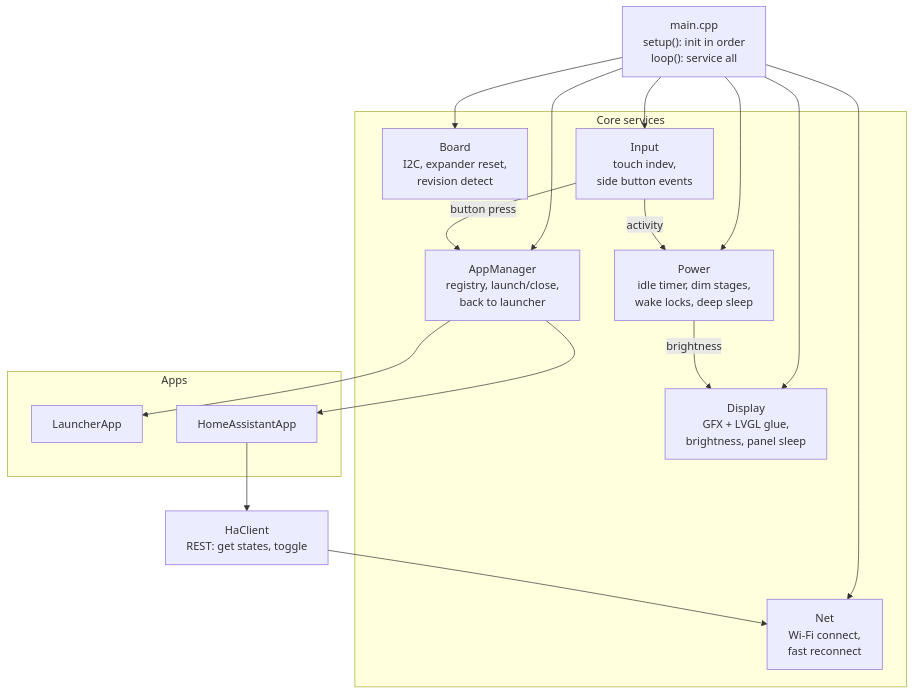
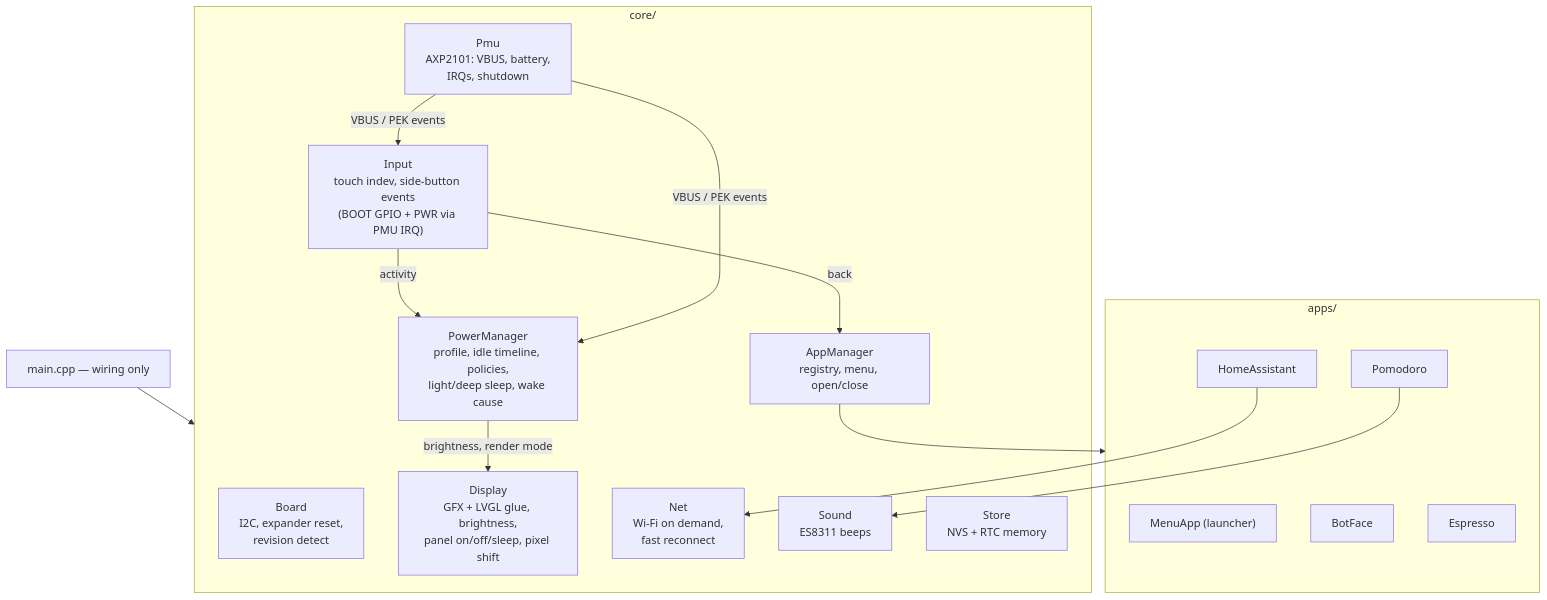
Before and after one commit to EbrithilNogare/ESP32-AMOLED: the first of 2 diagrams in docs/ARCHITECTURE.md, drawn with Mermaid. The commit also changed other lines of this file and 9 other files, not shown here.

First line of the commit message:
Extend plan: scrolling app menu, more apps, power profiles

````diff
--- a/docs/ARCHITECTURE.md
+++ b/docs/ARCHITECTURE.md
@@ -123,23 +156,30 @@
 ```mermaid
 flowchart TB
-    main["main.cpp<br/>setup(): init in order<br/>loop(): service all"]
-    subgraph core [Core services]
+    main["main.cpp — wiring only"]
+    subgraph core [core/]
         board["Board<br/>I2C, expander reset,<br/>revision detect"]
-        display["Display<br/>GFX + LVGL glue,<br/>brightness, panel sleep"]
-        input["Input<br/>touch indev,<br/>side button events"]
-        power["Power<br/>idle timer, dim stages,<br/>wake locks, deep sleep"]
-        net["Net<br/>Wi-Fi connect,<br/>fast reconnect"]
-        apps["AppManager<br/>registry, launch/close,<br/>back to launcher"]
+        display["Display<br/>GFX + LVGL glue, brightness,<br/>panel on/off/sleep, pixel shift"]
+        input["Input<br/>touch indev, side-button events<br/>(BOOT GPIO + PWR via PMU IRQ)"]
+        pmu["Pmu<br/>AXP2101: VBUS, battery,<br/>IRQs, shutdown"]
+        power["PowerManager<br/>profile, idle timeline, policies,<br/>light/deep sleep, wake cause"]
+        net["Net<br/>Wi-Fi on demand,<br/>fast reconnect"]
+        sound["Sound<br/>ES8311 beeps"]
+        store["Store<br/>NVS + RTC memory"]
+        apps["AppManager<br/>registry, menu, open/close"]
     end
-    subgraph appsdir [Apps]
-        launcher["LauncherApp"]
-        ha["HomeAssistantApp"]
+    subgraph appdir [apps/]
+        menu["MenuApp (launcher)"]
+        ha["HomeAssistant"]
+        bot["BotFace"]
+        pomo["Pomodoro"]
+        esp["Espresso"]
     end
-    haclient["HaClient<br/>REST: get states, toggle"]
-    main --> board & display & input & power & net & apps
-    input -- "activity" --> power
-    input -- "button press" --> apps
-    power -- "brightness" --> display
-    apps --> launcher & ha
-    ha --> haclient --> net
+    main --> core
+    input -- activity --> power
+    pmu -- "VBUS / PEK events" --> power & input
+    power -- brightness, render mode --> display
+    input -- "back" --> apps
+    apps --> appdir
+    ha --> net
+    pomo --> sound
 ```
````
